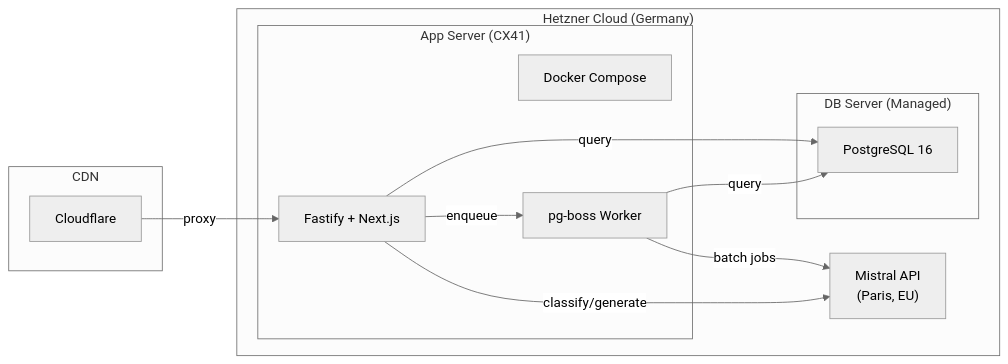
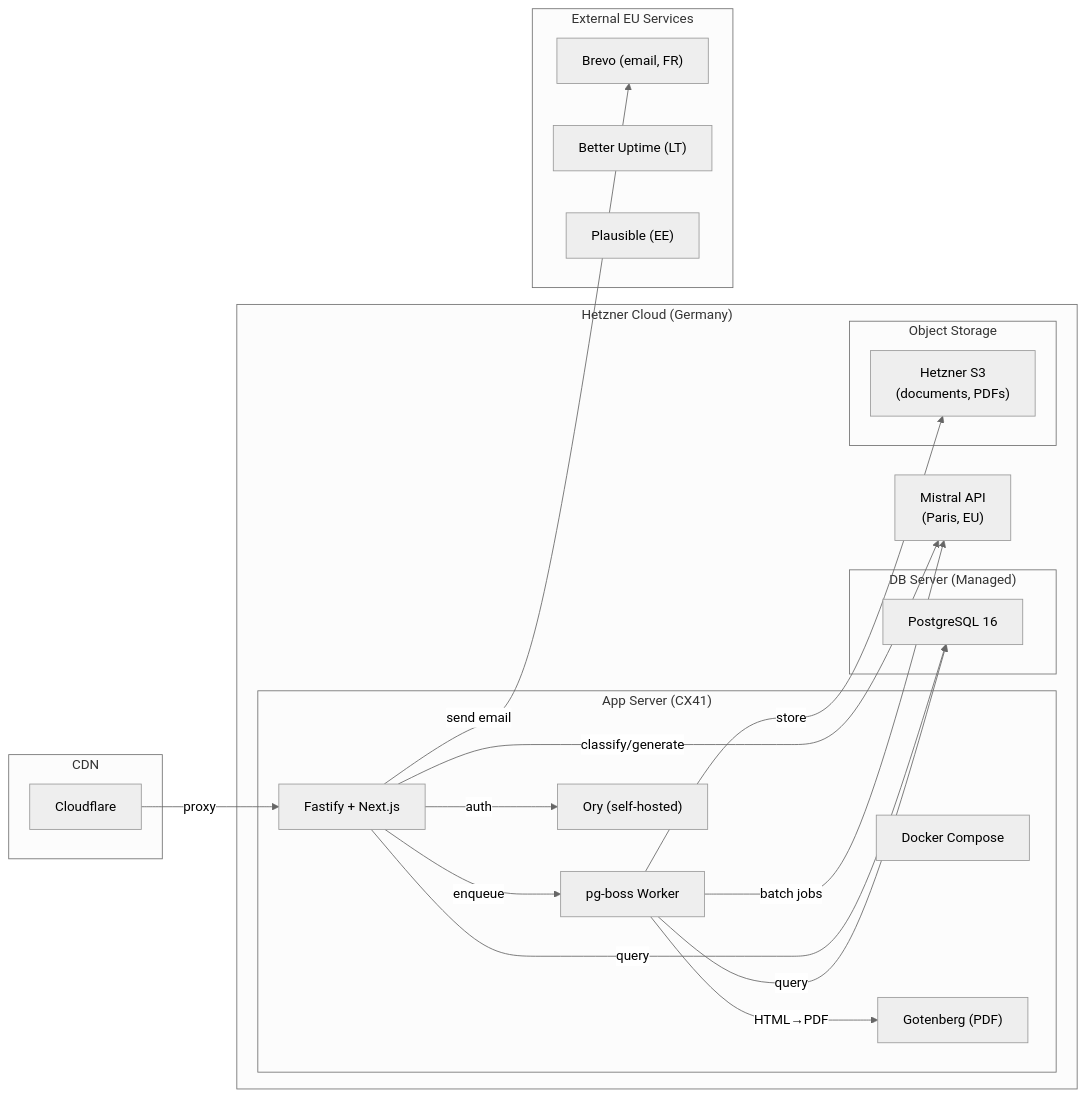
One commit to complior/complior changed the fourth of 4 diagrams in docs/ARCHITECTURE.md. Above: the diagram before and after it, drawn with Mermaid (neutral theme). The commit also changed other lines of this file and 10 other files, not shown here.

````diff
--- a/docs/ARCHITECTURE.md
+++ b/docs/ARCHITECTURE.md
@@ -663,27 +700,43 @@
 ```mermaid
 graph LR
     subgraph Hetzner["Hetzner Cloud (Germany)"]
         subgraph AppServer["App Server (CX41)"]
             Docker["Docker Compose"]
             Fastify_["Fastify + Next.js"]
             PgBoss_["pg-boss Worker"]
+            Ory_["Ory (self-hosted)"]
+            Gotenberg__["Gotenberg (PDF)"]
         end
 
         subgraph DBServer["DB Server (Managed)"]
             PG["PostgreSQL 16"]
         end
 
+        subgraph Storage["Object Storage"]
+            HetznerS3_["Hetzner S3<br/>(documents, PDFs)"]
+        end
+
         MistralAPI_["Mistral API<br/>(Paris, EU)"]
+    end
+
+    subgraph ExternalEU_["External EU Services"]
+        Brevo_["Brevo (email, FR)"]
+        BetterUptime_["Better Uptime (LT)"]
+        Plausible_["Plausible (EE)"]
     end
 
     subgraph CDN["CDN"]
         CF["Cloudflare"]
     end
 
     CF -->|proxy| Fastify_
+    Fastify_ -->|auth| Ory_
     Fastify_ -->|query| PG
     Fastify_ -->|enqueue| PgBoss_
     Fastify_ -->|classify/generate| MistralAPI_
+    Fastify_ -->|send email| Brevo_
     PgBoss_ -->|query| PG
     PgBoss_ -->|batch jobs| MistralAPI_
+    PgBoss_ -->|HTML→PDF| Gotenberg__
+    PgBoss_ -->|store| HetznerS3_
 ```
````
